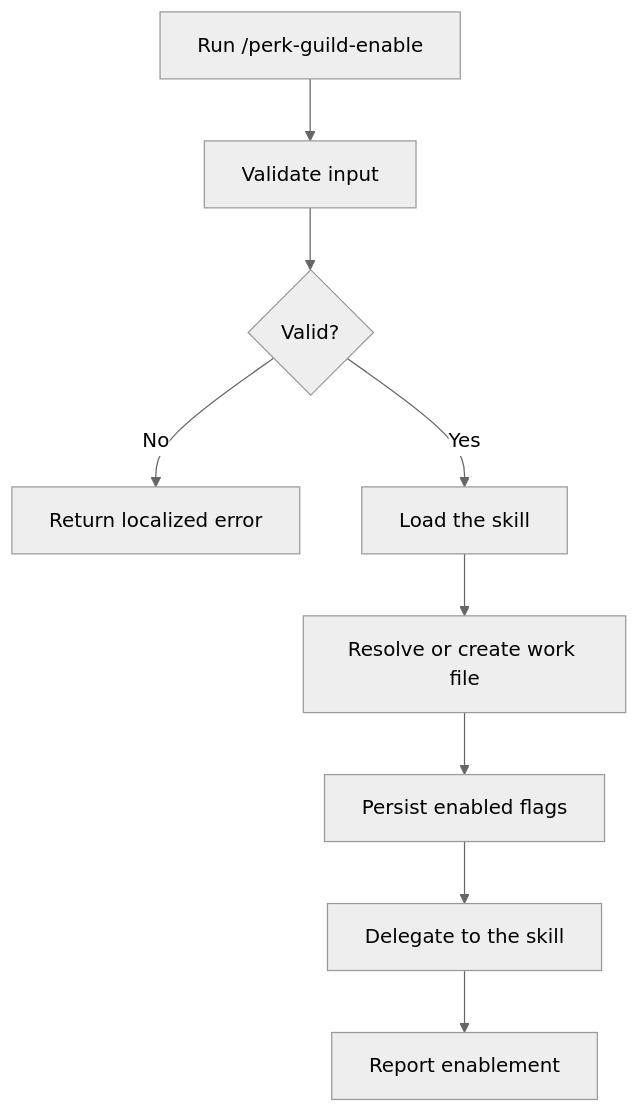
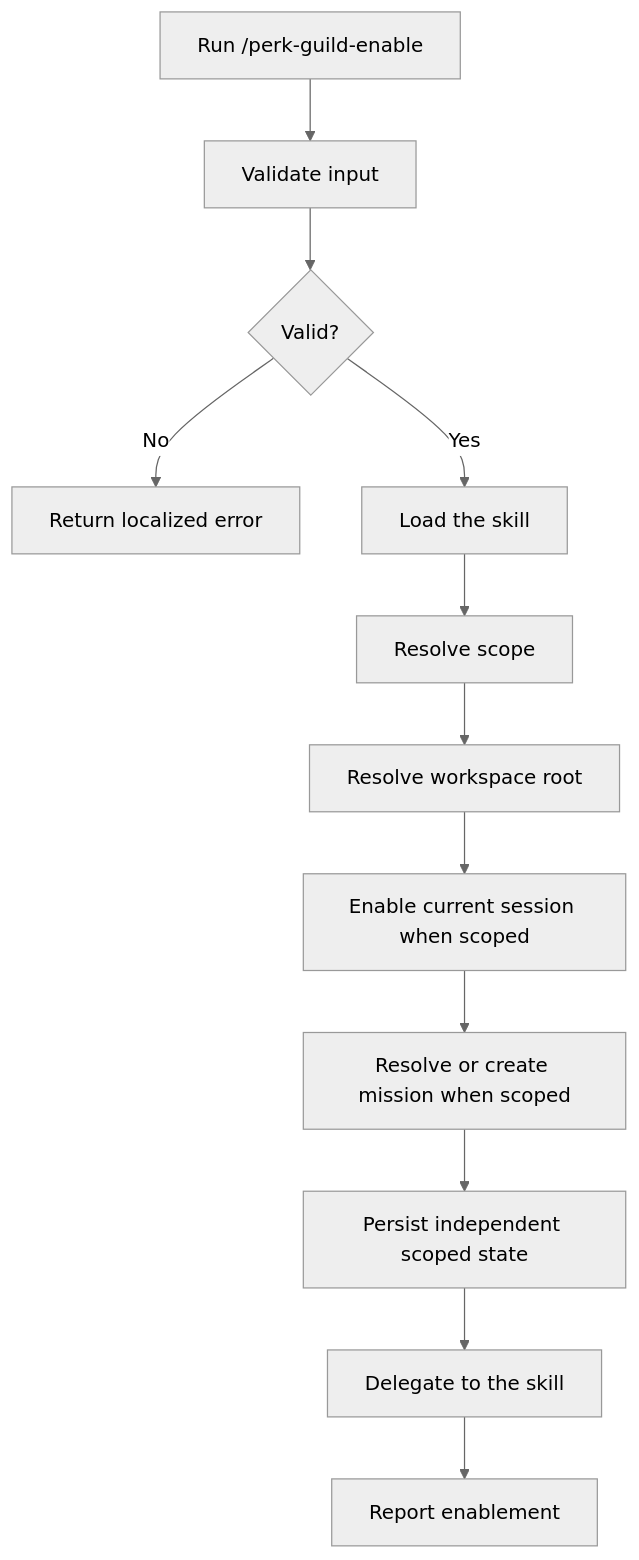
Before and after one commit to elu697/agent-skills: the diagram in packages/workspace-agent-perk-guild/.apm/prompts/perk-guild-enable.prompt.md, drawn with Mermaid (neutral theme). The commit also changed other lines of this file and 19 other files, not shown here.

Commit message:
Add visible guild roles and scoped session state.

````diff
--- a/packages/workspace-agent-perk-guild/.apm/prompts/perk-guild-enable.prompt.md
+++ b/packages/workspace-agent-perk-guild/.apm/prompts/perk-guild-enable.prompt.md
@@ -86,11 +144,14 @@
 ```mermaid
 flowchart TD
     Start["Run /perk-guild-enable"] --> Validate["Validate input"]
     Validate --> Valid{"Valid?"}
     Valid -->|No| Abort["Return localized error"]
     Valid -->|Yes| Load["Load the skill"]
-    Load --> File["Resolve or create work file"]
-    File --> Flag["Persist enabled flags"]
+    Load --> Scope["Resolve scope"]
+    Scope --> Root["Resolve workspace root"]
+    Root --> Session["Enable current session when scoped"]
+    Session --> File["Resolve or create mission when scoped"]
+    File --> Flag["Persist independent scoped state"]
     Flag --> Delegate["Delegate to the skill"]
     Delegate --> Done["Report enablement"]
 ```
````
